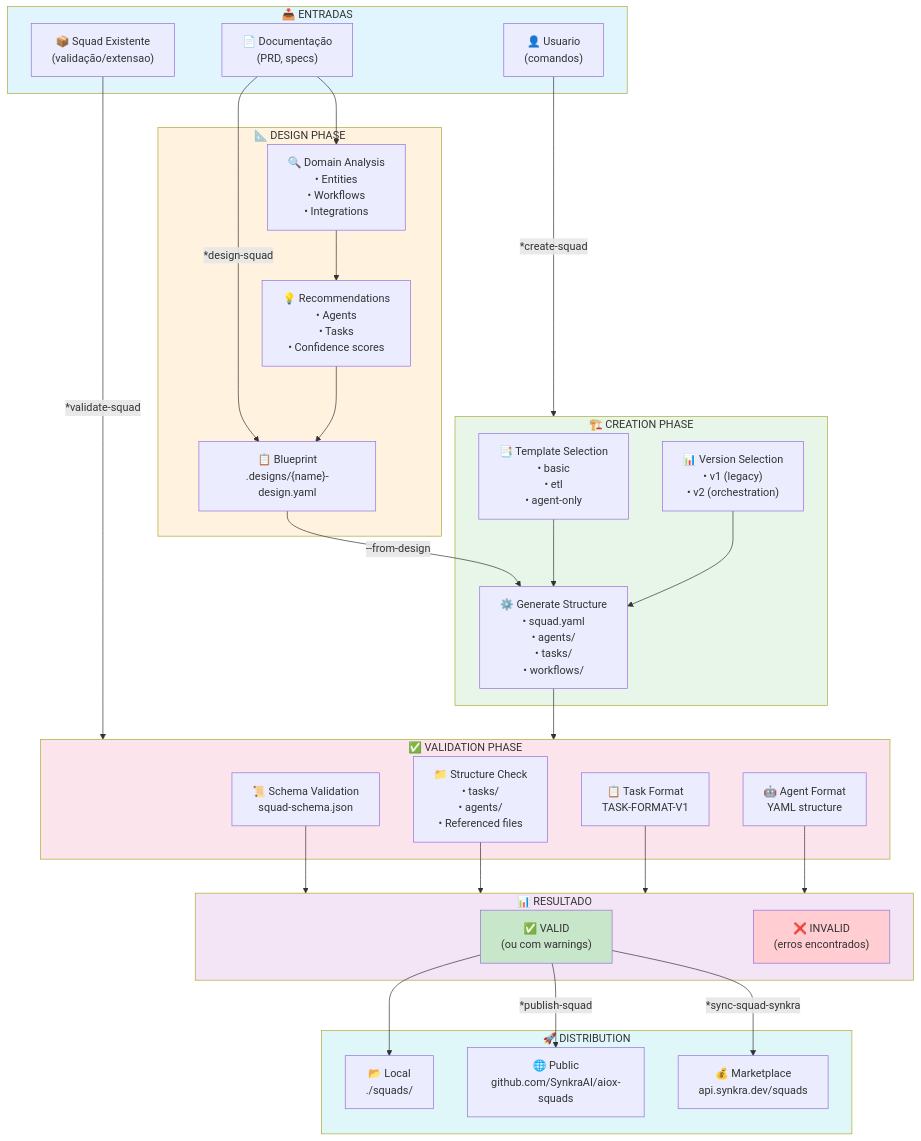
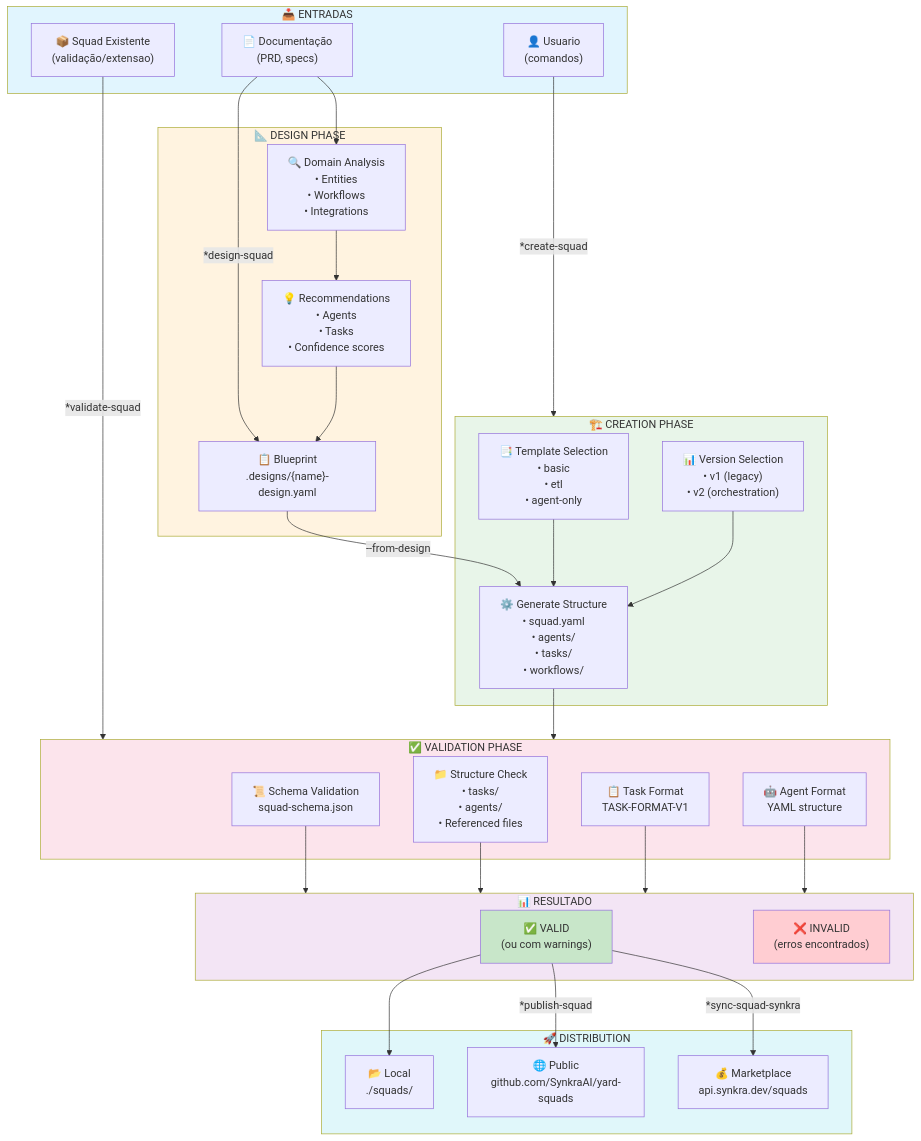
One commit to ernesto-langa/yard-core changed the first of 6 diagrams in docs/aiox-agent-flows/squad-creator-system.md. Above: the diagram before and after it, drawn with Mermaid. The commit also changed other lines of this file and 529 other files, not shown here.

````diff
--- a/docs/aiox-agent-flows/squad-creator-system.md
+++ b/docs/aiox-agent-flows/squad-creator-system.md
@@ -107,69 +107,69 @@
 ```mermaid
 flowchart TB
     subgraph INPUTS["📥 ENTRADAS"]
         DOCS["📄 Documentação<br/>(PRD, specs)"]
         USER["👤 Usuario<br/>(comandos)"]
         EXISTING["📦 Squad Existente<br/>(validação/extensao)"]
     end
 
     DOCS -->|"*design-squad"| BLUEPRINT
     USER -->|"*create-squad"| CREATE
     EXISTING -->|"*validate-squad"| VALIDATE
 
     subgraph DESIGN["📐 DESIGN PHASE"]
         BLUEPRINT["📋 Blueprint<br/>.designs/{name}-design.yaml"]
         ANALYSIS["🔍 Domain Analysis<br/>• Entities<br/>• Workflows<br/>• Integrations"]
         RECOMMEND["💡 Recommendations<br/>• Agents<br/>• Tasks<br/>• Confidence scores"]
     end
 
     DOCS --> ANALYSIS
     ANALYSIS --> RECOMMEND
     RECOMMEND --> BLUEPRINT
 
     subgraph CREATE["🏗️ CREATION PHASE"]
         TEMPLATE["📑 Template Selection<br/>• basic<br/>• etl<br/>• agent-only"]
         VERSION["📊 Version Selection<br/>• v1 (legacy)<br/>• v2 (orchestration)"]
         GENERATE["⚙️ Generate Structure<br/>• squad.yaml<br/>• agents/<br/>• tasks/<br/>• workflows/"]
     end
 
     BLUEPRINT -->|"--from-design"| GENERATE
     TEMPLATE --> GENERATE
     VERSION --> GENERATE
 
     subgraph VALIDATE["✅ VALIDATION PHASE"]
         SCHEMA["📜 Schema Validation<br/>squad-schema.json"]
         STRUCTURE["📁 Structure Check<br/>• tasks/<br/>• agents/<br/>• Referenced files"]
         TASK_FMT["📋 Task Format<br/>TASK-FORMAT-V1"]
         AGENT_FMT["🤖 Agent Format<br/>YAML structure"]
     end
 
     GENERATE --> VALIDATE
     SCHEMA --> RESULT
     STRUCTURE --> RESULT
     TASK_FMT --> RESULT
     AGENT_FMT --> RESULT
 
     subgraph RESULT["📊 RESULTADO"]
         VALID["✅ VALID<br/>(ou com warnings)"]
         INVALID["❌ INVALID<br/>(erros encontrados)"]
     end
 
     subgraph DISTRIBUTE["🚀 DISTRIBUTION"]
         LOCAL["📂 Local<br/>./squads/"]
-        PUBLIC["🌐 Public<br/>github.com/SynkraAI/aiox-squads"]
+        PUBLIC["🌐 Public<br/>github.com/SynkraAI/yard-squads"]
         MARKET["💰 Marketplace<br/>api.synkra.dev/squads"]
     end
 
     VALID --> LOCAL
     VALID -->|"*publish-squad"| PUBLIC
     VALID -->|"*sync-squad-synkra"| MARKET
 
     style INPUTS fill:#e1f5fe
     style DESIGN fill:#fff3e0
     style CREATE fill:#e8f5e9
     style VALIDATE fill:#fce4ec
     style RESULT fill:#f3e5f5
     style DISTRIBUTE fill:#e0f7fa
     style VALID fill:#c8e6c9
     style INVALID fill:#ffcdd2
 ```
````
